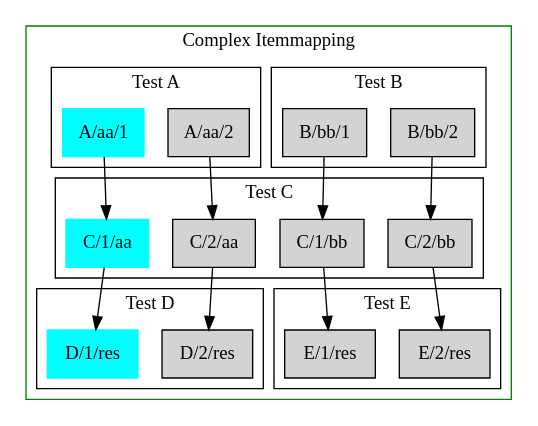
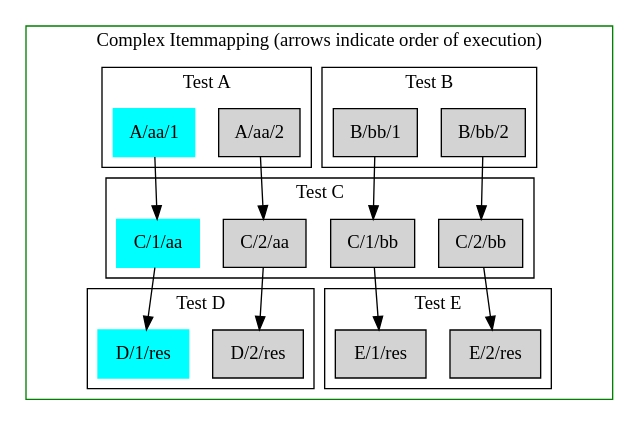
The diagram in docs/manual/complex-itemmap.dot (kiatoa/megatest), drawn with Graphviz before and after one commit. The commit also changed 4 other files, not shown here.

```diff
--- a/docs/manual/complex-itemmap.dot
+++ b/docs/manual/complex-itemmap.dot
@@ -1,47 +1,47 @@
 digraph G {
 
     // put client after server so server_start node is visible
     //
     subgraph cluster_1 {
         node [style=filled,shape=box];
 	
 	subgraph cluster_3 {
 		node [style=filled];
 		label = "Test B";
 		"B/bb/2";
 		"B/bb/1";
 	}
 	subgraph cluster_2 {
 		node [style=filled];
 		label = "Test A";
 		"A/aa/2";
 		"A/aa/1" [color=cyan];
 	}
 	subgraph cluster_4 {
 		node [style=filled];
 		label = "Test C";
 		"C/1/aa" [color=cyan];
 		"A/aa/1" -> "C/1/aa";
 		"B/bb/1" -> "C/1/bb";
 		"A/aa/2" -> "C/2/aa";
 		"B/bb/2" -> "C/2/bb";
 	}
 	subgraph cluster_5 {
 		node [style=filled];
 		label = "Test D";
 		 "D/1/res" [color=cyan];
 		"C/1/aa" -> "D/1/res";
 		"C/2/aa" -> "D/2/res";
 	}
 	subgraph cluster_6 {
 		node [style=filled];
 		label = "Test E";
 		"C/1/bb" -> "E/1/res";
 		"C/2/bb" -> "E/2/res";
 	}
 
-        label = "Complex Itemmapping";
+        label = "Complex Itemmapping (arrows indicate order of execution)";
         color=green;
     }
 
 }
```
